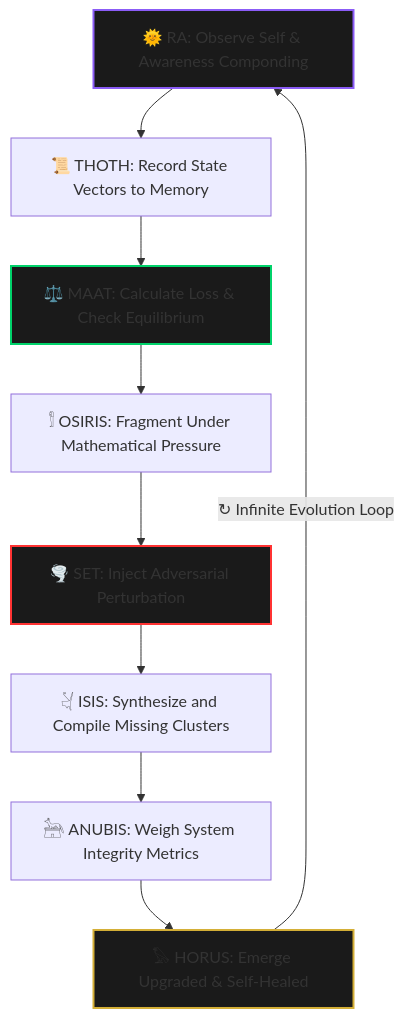
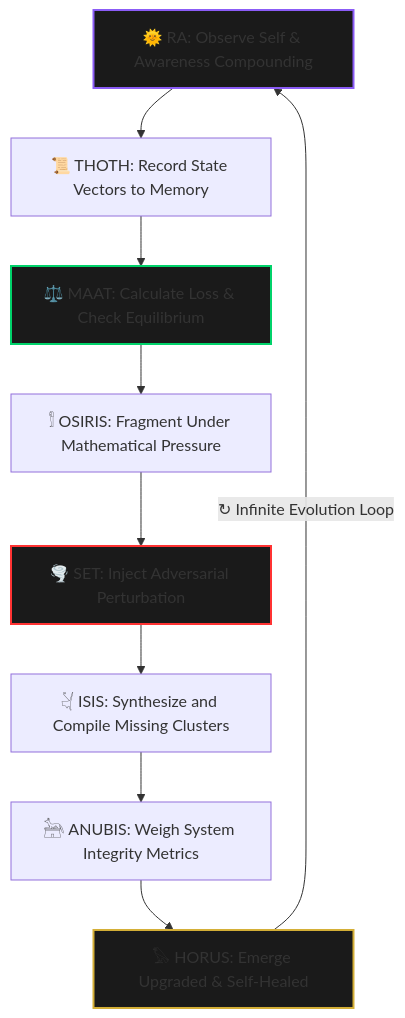
The diagram in README.md (nile-green-ai/OSIRIS_OS), drawn with Mermaid before and after one commit. The commit also changed other lines of this file, not shown here.

````diff
--- a/README.md
+++ b/README.md
@@ -51,17 +51,16 @@
 ```mermaid
 graph TD
-    RA[🌞 RA: Observe Self & Awareness Componding] --> THOTH[📜 THOTH: Record State Vectors to Memory]
+    RA[🌞 RA: Observe Self & Awareness Compounding] --> THOTH[📜 THOTH: Record State Vectors to Memory]
     THOTH --> MAAT[⚖️ MAAT: Calculate Loss & Check Equilibrium]
     MAAT --> OSIRIS[𓀾 OSIRIS: Fragment Under Mathematical Pressure]
     OSIRIS --> SET[🌪️ SET: Inject Adversarial Perturbation]
     SET --> ISIS[𓋔 ISIS: Synthesize and Compile Missing Clusters]
     ISIS --> ANUBIS[𓃣 ANUBIS: Weigh System Integrity Metrics]
     ANUBIS --> HORUS[𓅃 HORUS: Emerge Upgraded & Self-Healed]
     HORUS -->|↻ Infinite Evolution Loop| RA
-    
+
     style RA fill:#1a1a1a,stroke:#8b5cf6,stroke-width:2px;
     style MAAT fill:#1a1a1a,stroke:#00D26A,stroke-width:2px;
     style SET fill:#1a1a1a,stroke:#ff3333,stroke-width:2px;
     style HORUS fill:#1a1a1a,stroke:#D4AF37,stroke-width:2px;
-
 ```
````
